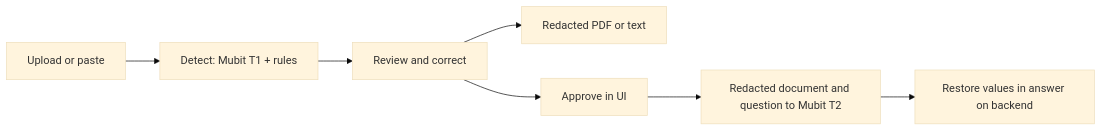
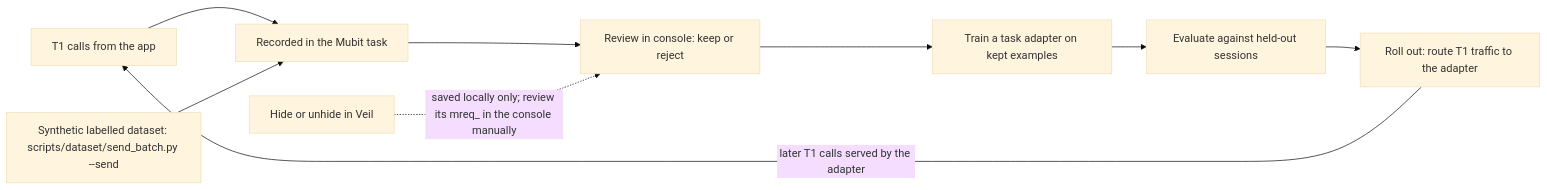
The third of 3 diagrams in README.md (kolyamkl/night-shift), drawn with Mermaid (base theme) before and after one commit. The commit also changed other lines of this file, not shown here.

Commit message:
README: end-to-end pipeline and Mubit diagrams

````diff
--- a/README.md
+++ b/README.md
@@ -22,9 +141,11 @@
 ```mermaid
 flowchart LR
-    A["Upload or paste"] --> B["Detect: Mubit T1 + rules"]
-    B --> C["Review and correct"]
-    C --> D["Redacted PDF or text"]
-    C --> E["Approve in UI"]
-    E --> F["Redacted document and question to Mubit T2"]
-    F --> G["Restore values in answer on backend"]
+    A["T1 calls from the app"] --> R["Recorded in the Mubit task"]
+    D["Synthetic labelled dataset: scripts/dataset/send_batch.py --send"] --> R
+    R --> V["Review in console: keep or reject"]
+    V --> T["Train a task adapter on kept examples"]
+    T --> E["Evaluate against held-out sessions"]
+    E --> RT["Roll out: route T1 traffic to the adapter"]
+    RT -->|"later T1 calls served by the adapter"| A
+    H["Hide or unhide in Veil"] -.->|"saved locally only; review its mreq_ in the console manually"| V
 ```
````
